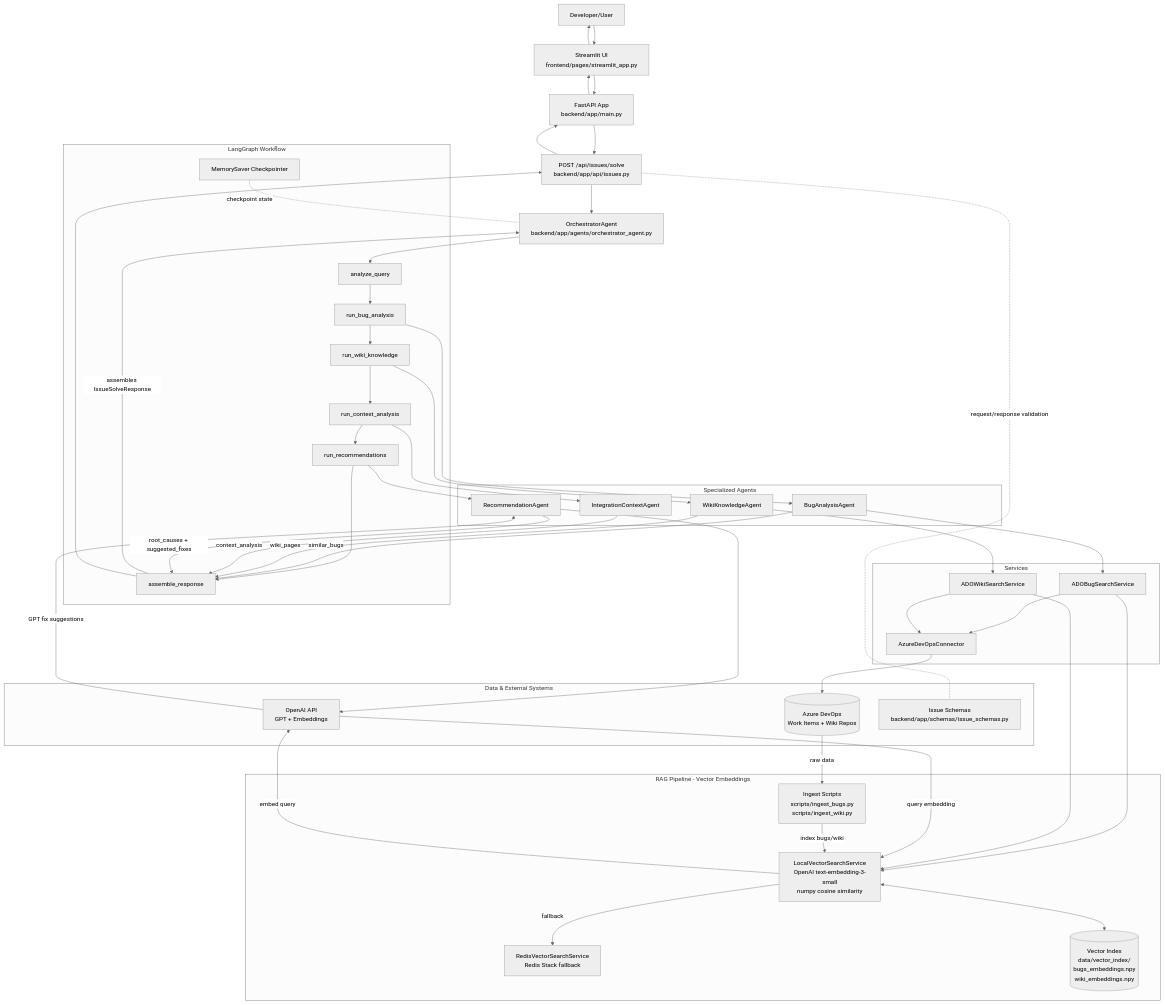
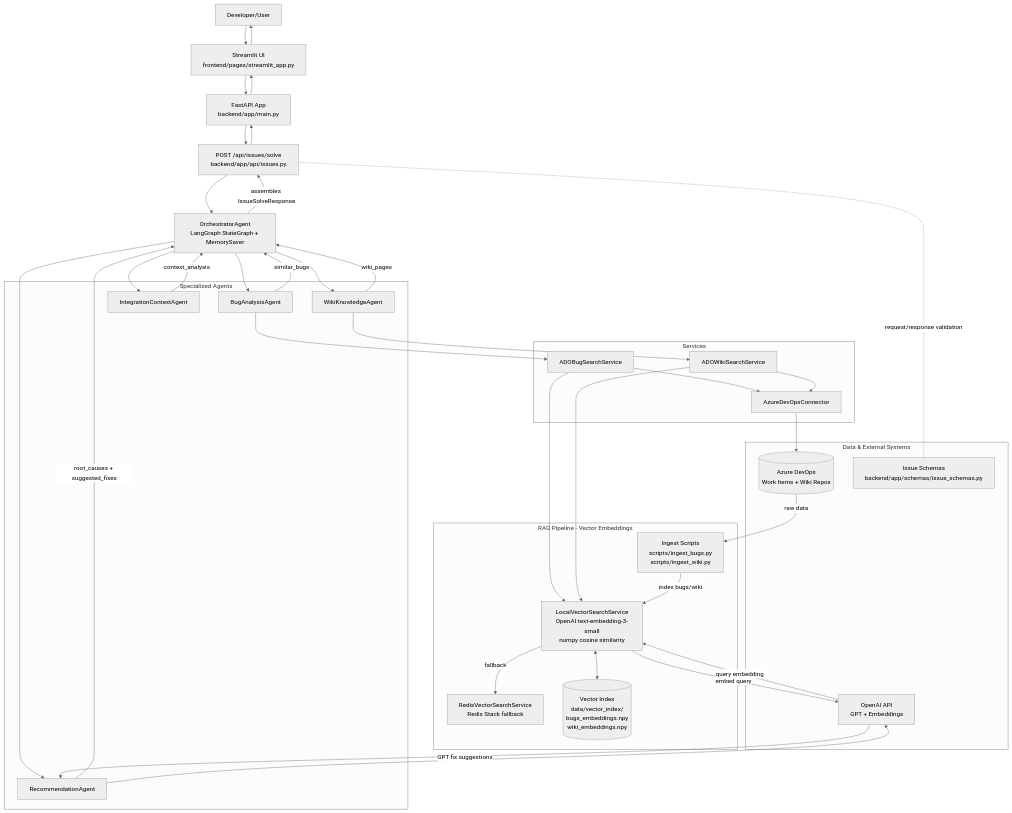
One commit to mbighane/ErrorLens--AI-Powered-Issue-Advisor changed the diagram in README.md. Above: the diagram before and after it, drawn with Mermaid (neutral theme). The commit also changed 1 other file, not shown here.

Commit message:
Add 48-hour staleness check for vector index auto-refresh; fix README diagram

````diff
--- a/README.md
+++ b/README.md
@@ -168,76 +168,66 @@
 ```mermaid
 graph TB
   U[Developer/User]
   ST[Streamlit UI<br/>frontend/pages/streamlit_app.py]
   API[FastAPI App<br/>backend/app/main.py]
   EP[POST /api/issues/solve<br/>backend/app/api/issues.py]
-  ORCH[OrchestratorAgent<br/>backend/app/agents/orchestrator_agent.py]
-
-  subgraph LG[LangGraph Workflow]
-    N1[analyze_query]
-    N2[run_bug_analysis]
-    N3[run_wiki_knowledge]
-    N4[run_context_analysis]
-    N5[run_recommendations]
-    N6[assemble_response]
-    CP[MemorySaver Checkpointer]
-  end
+  ORCH[OrchestratorAgent<br/>LangGraph StateGraph + MemorySaver]
 
   subgraph AG[Specialized Agents]
     BA[BugAnalysisAgent]
     WA[WikiKnowledgeAgent]
     CA[IntegrationContextAgent]
     RA[RecommendationAgent]
   end
 
   subgraph SV[Services]
     BS[ADOBugSearchService]
     WS[ADOWikiSearchService]
     ADOC[AzureDevOpsConnector]
   end
 
   subgraph RAG[RAG Pipeline - Vector Embeddings]
     LV[LocalVectorSearchService<br/>OpenAI text-embedding-3-small<br/>numpy cosine similarity]
     RV[RedisVectorSearchService<br/>Redis Stack fallback]
     VI[(Vector Index<br/>data/vector_index/<br/>bugs_embeddings.npy<br/>wiki_embeddings.npy)]
     ING[Ingest Scripts<br/>scripts/ingest_bugs.py<br/>scripts/ingest_wiki.py]
   end
 
   subgraph DM[Data & External Systems]
     ADO[(Azure DevOps<br/>Work Items + Wiki Repos)]
     OPENAI[OpenAI API<br/>GPT + Embeddings]
     SC[Issue Schemas<br/>backend/app/schemas/issue_schemas.py]
   end
 
   U --> ST --> API --> EP --> ORCH
   EP -. request/response validation .- SC
 
-  ORCH --> N1 --> N2 --> N3 --> N4 --> N5 --> N6
-  CP -. checkpoint state .- ORCH
+  ORCH --> BA
+  ORCH --> WA
+  ORCH --> CA
+  ORCH --> RA
 
-  N2 --> BA --> BS
-  N3 --> WA --> WS
-  N4 --> CA
-  N5 --> RA
+  BA --> BS
+  WA --> WS
 
-  BA -- similar_bugs --> N6
-  WA -- wiki_pages --> N6
-  CA -- context_analysis --> N6
-  RA -- root_causes + suggested_fixes --> N6
-  N6 -- assembles IssueSolveResponse --> ORCH
+  BA -- similar_bugs --> ORCH
+  WA -- wiki_pages --> ORCH
+  CA -- context_analysis --> ORCH
+  RA -- root_causes + suggested_fixes --> ORCH
+  ORCH -- assembles IssueSolveResponse --> EP
 
   BS --> LV
   WS --> LV
   LV -- embed query --> OPENAI
   OPENAI -- query embedding --> LV
   LV <--> VI
   LV -- fallback --> RV
   BS --> ADOC --> ADO
   WS --> ADOC
   ING -- index bugs/wiki --> LV
   ADO -- raw data --> ING
 
   RA --> OPENAI
   OPENAI -- GPT fix suggestions --> RA
-  N6 --> EP --> API --> ST --> U
+  EP --> API --> ST --> U
 ```
````
